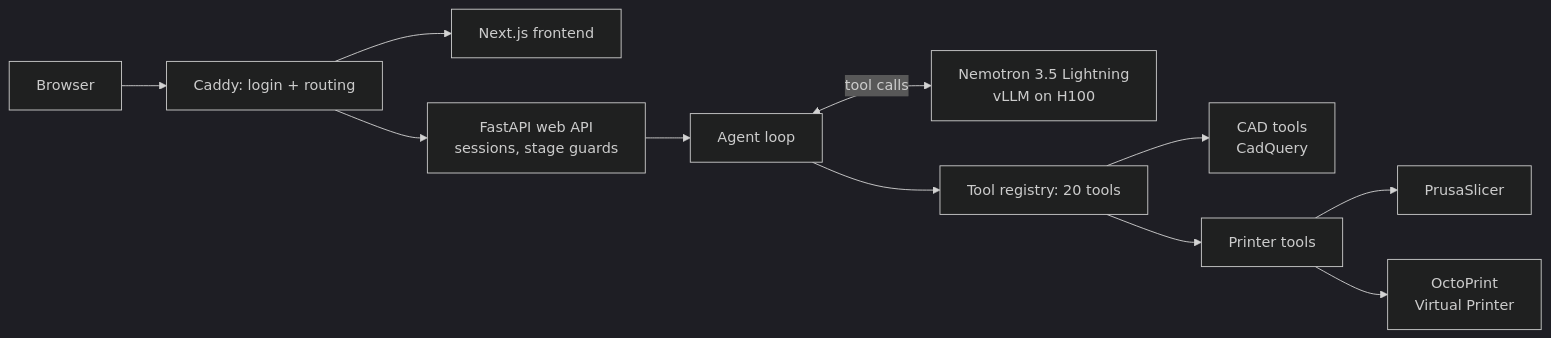
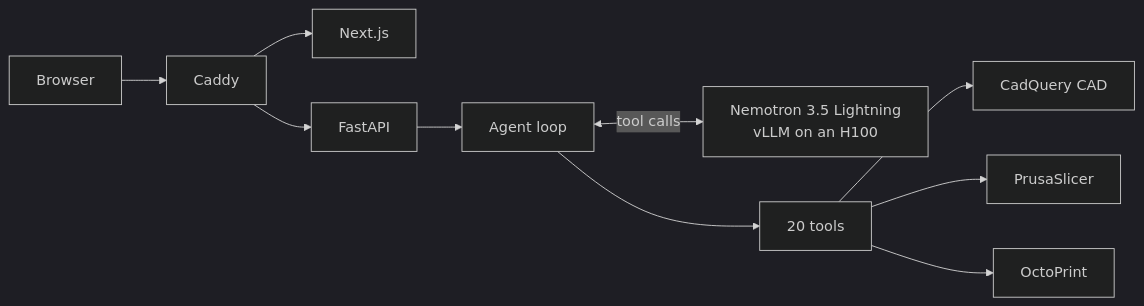
The diagram in README.md (vihaan-kk/shim), drawn with Mermaid (dark theme) before and after one commit. The commit also changed other lines of this file and 1 other file, not shown here.

````diff
--- a/README.md
+++ b/README.md
@@ -69,13 +23,12 @@
 ```mermaid
 flowchart LR
-  U[Browser] --> C[Caddy: login + routing]
-  C --> W[Next.js frontend]
-  C --> A[FastAPI web API<br/>sessions, stage guards]
+  U[Browser] --> C[Caddy]
+  C --> W[Next.js]
+  C --> A[FastAPI]
   A --> L[Agent loop]
-  L <-->|tool calls| M[Nemotron 3.5 Lightning<br/>vLLM on H100]
-  L --> T[Tool registry: 20 tools]
-  T --> CAD[CAD tools<br/>CadQuery]
-  T --> P[Printer tools]
-  P --> S[PrusaSlicer]
-  P --> O[OctoPrint<br/>Virtual Printer]
+  L <-->|tool calls| M[Nemotron 3.5 Lightning<br/>vLLM on an H100]
+  L --> T[20 tools]
+  T --> CAD[CadQuery CAD]
+  T --> S[PrusaSlicer]
+  T --> O[OctoPrint]
 ```
````
